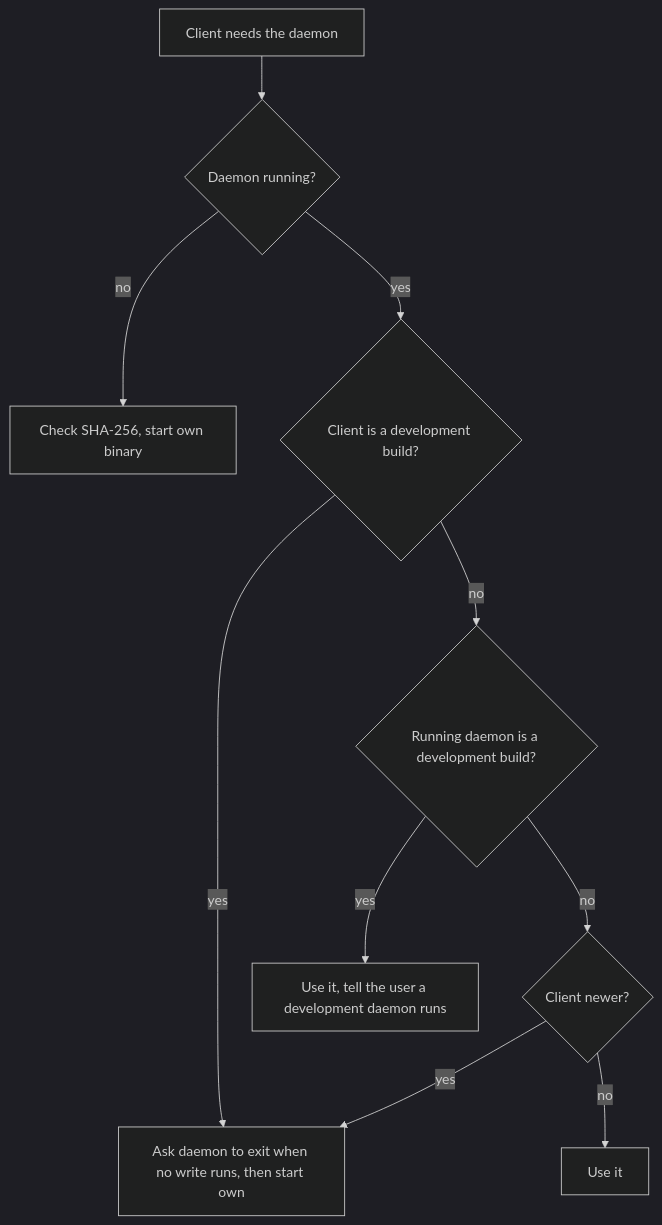
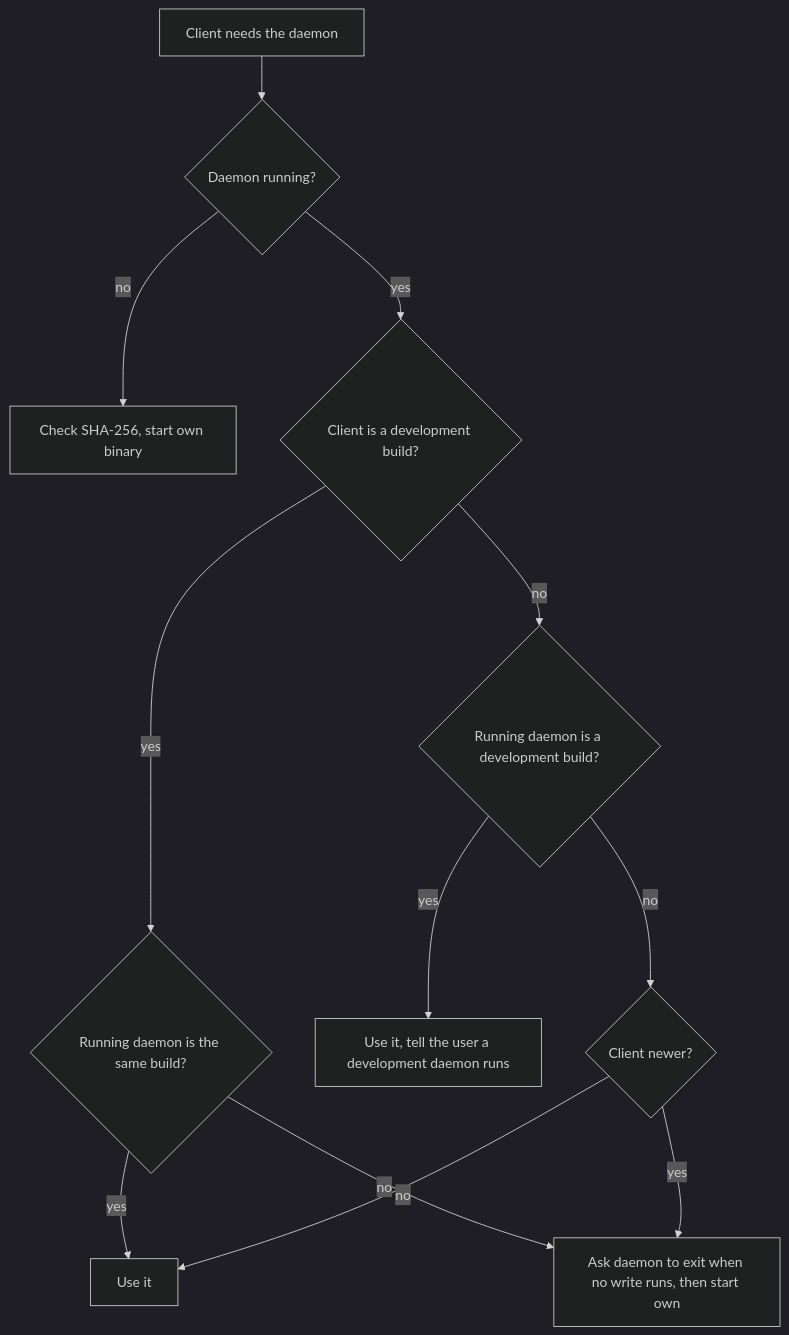
One commit to 99LevelsUp/ev3-cockpit changed the diagram in docs/plans/2026-11-20-1845-refactor-native-daemon-plan.md. Above: the diagram before and after it, drawn with Mermaid (dark theme). The commit also changed other lines of this file and 1 other file, not shown here.

Commit message:
docs(plan): native daemon requirements after document review

````diff
--- a/docs/plans/2026-11-20-1845-refactor-native-daemon-plan.md
+++ b/docs/plans/2026-11-20-1845-refactor-native-daemon-plan.md
@@ -118,12 +121,14 @@
 ```mermaid
 flowchart TB
   A[Client needs the daemon] --> B{Daemon running?}
   B -->|no| C[Check SHA-256, start own binary]
   B -->|yes| D{Client is a development build?}
-  D -->|yes| E[Ask daemon to exit when no write runs, then start own]
+  D -->|yes| J{Running daemon is the same build?}
+  J -->|yes| I
+  J -->|no| E[Ask daemon to exit when no write runs, then start own]
   D -->|no| F{Running daemon is a development build?}
   F -->|yes| G[Use it, tell the user a development daemon runs]
   F -->|no| H{Client newer?}
   H -->|yes| E
   H -->|no| I[Use it]
 ```
````
